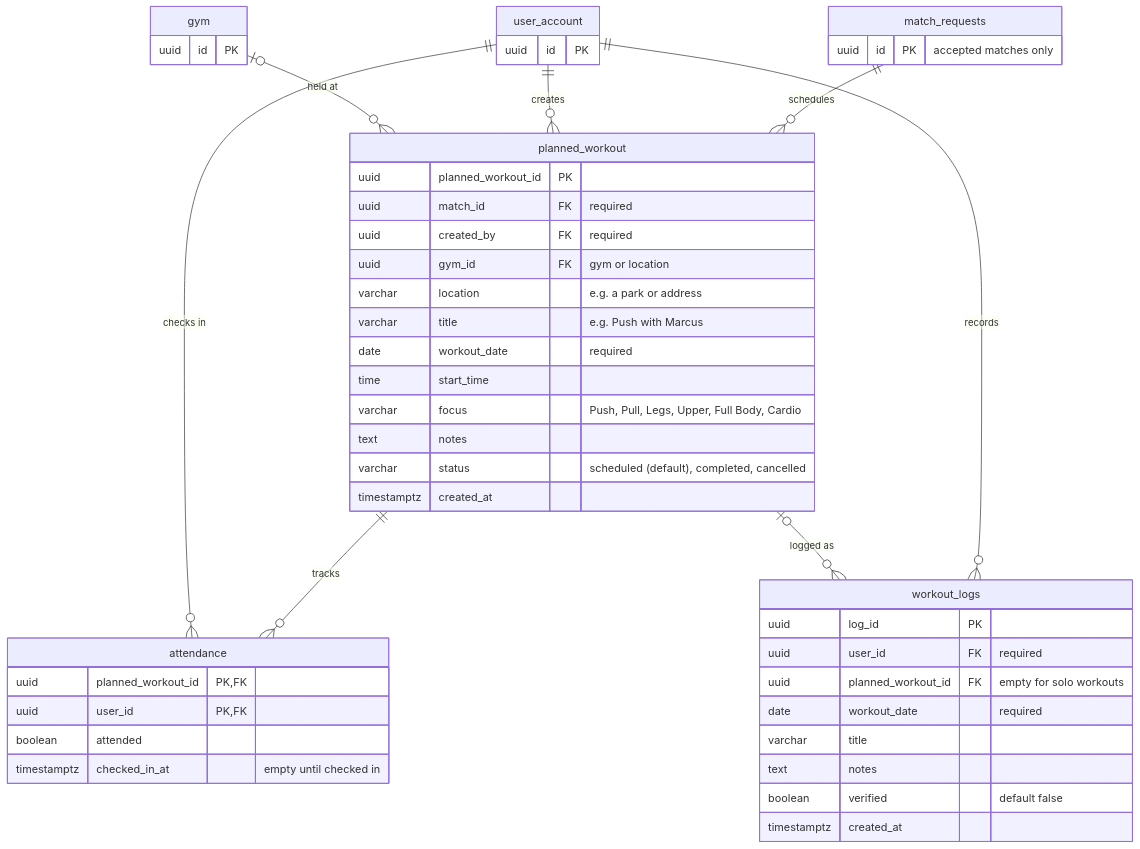
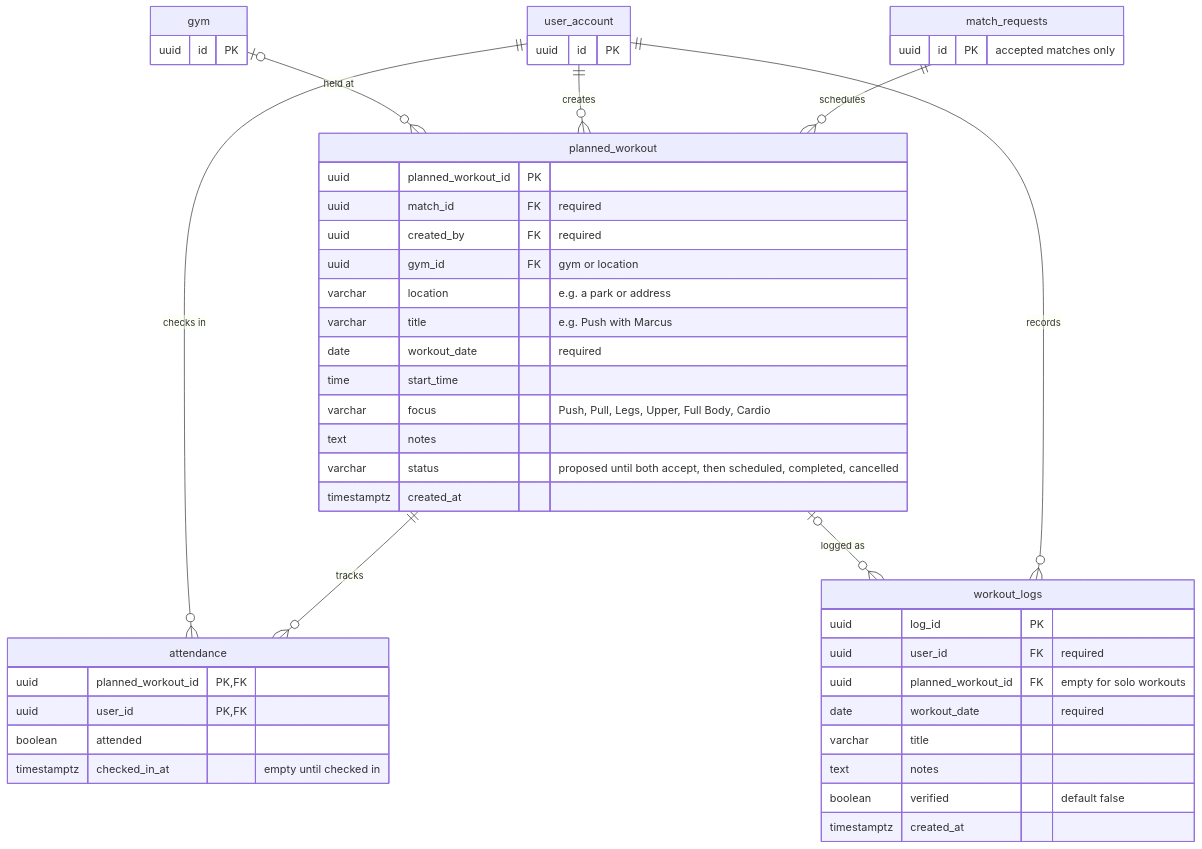
The third of 6 diagrams in docs/DATA_MODEL.md (rehman20052/SwoleMates), drawn with Mermaid before and after one commit. The commit also changed other lines of this file and 15 other files, not shown here.

````diff
--- a/docs/DATA_MODEL.md
+++ b/docs/DATA_MODEL.md
@@ -172,49 +172,49 @@
 ```mermaid
 erDiagram
   user_account {
     uuid id PK
   }
   match_requests {
     uuid id PK "accepted matches only"
   }
   gym {
     uuid id PK
   }
   planned_workout {
     uuid planned_workout_id PK
     uuid match_id FK "required"
     uuid created_by FK "required"
     uuid gym_id FK "gym or location"
     varchar location "e.g. a park or address"
     varchar title "e.g. Push with Marcus"
     date workout_date "required"
     time start_time
     varchar focus "Push, Pull, Legs, Upper, Full Body, Cardio"
     text notes
-    varchar status "scheduled (default), completed, cancelled"
+    varchar status "proposed until both accept, then scheduled, completed, cancelled"
     timestamptz created_at
   }
   attendance {
     uuid planned_workout_id PK, FK
     uuid user_id PK, FK
     boolean attended
     timestamptz checked_in_at "empty until checked in"
   }
   workout_logs {
     uuid log_id PK
     uuid user_id FK "required"
     uuid planned_workout_id FK "empty for solo workouts"
     date workout_date "required"
     varchar title
     text notes
     boolean verified "default false"
     timestamptz created_at
   }
   match_requests ||--o{ planned_workout : schedules
   user_account ||--o{ planned_workout : creates
   gym |o--o{ planned_workout : "held at"
   planned_workout ||--o{ attendance : tracks
   user_account ||--o{ attendance : "checks in"
   user_account ||--o{ workout_logs : records
   planned_workout |o--o{ workout_logs : "logged as"
 ```
````
